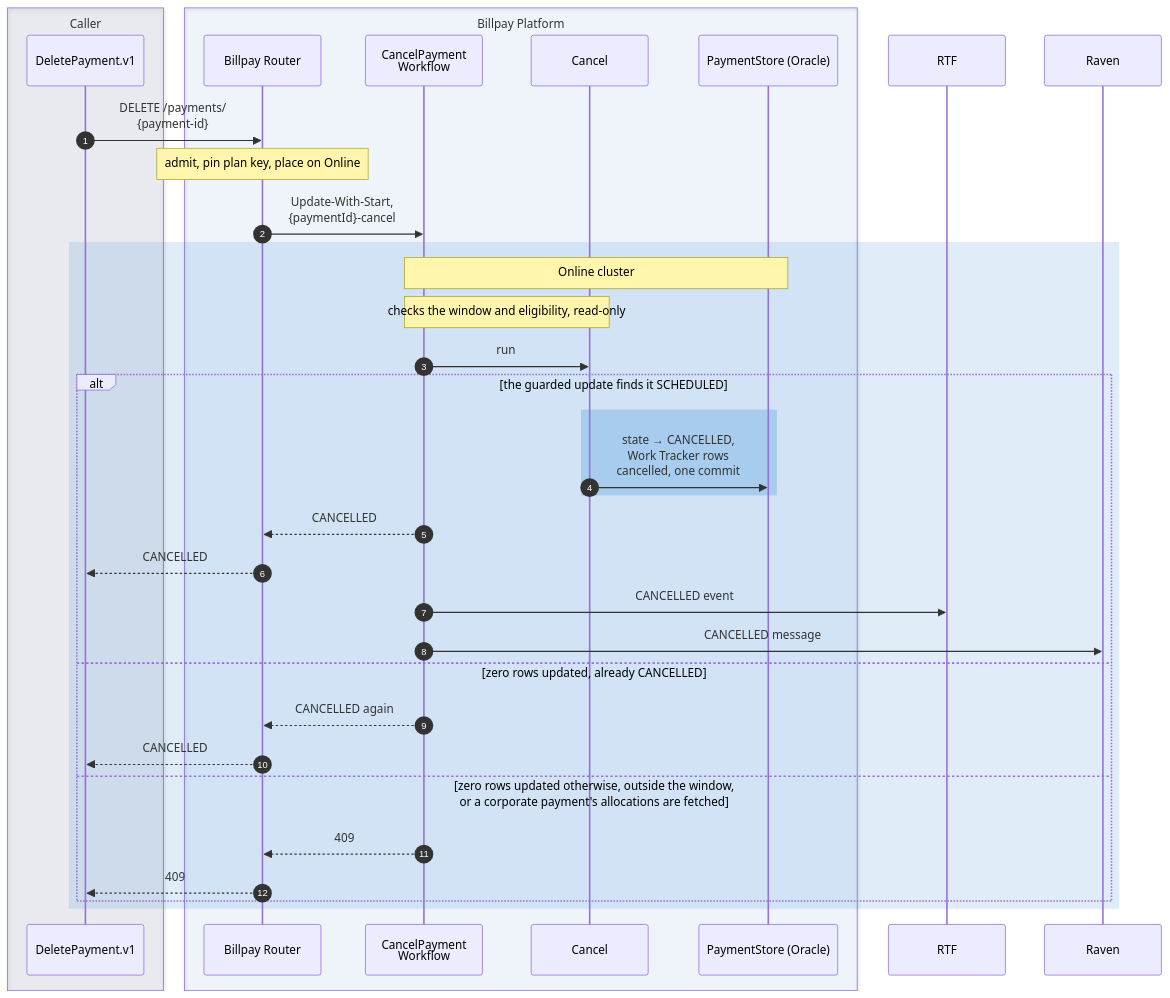
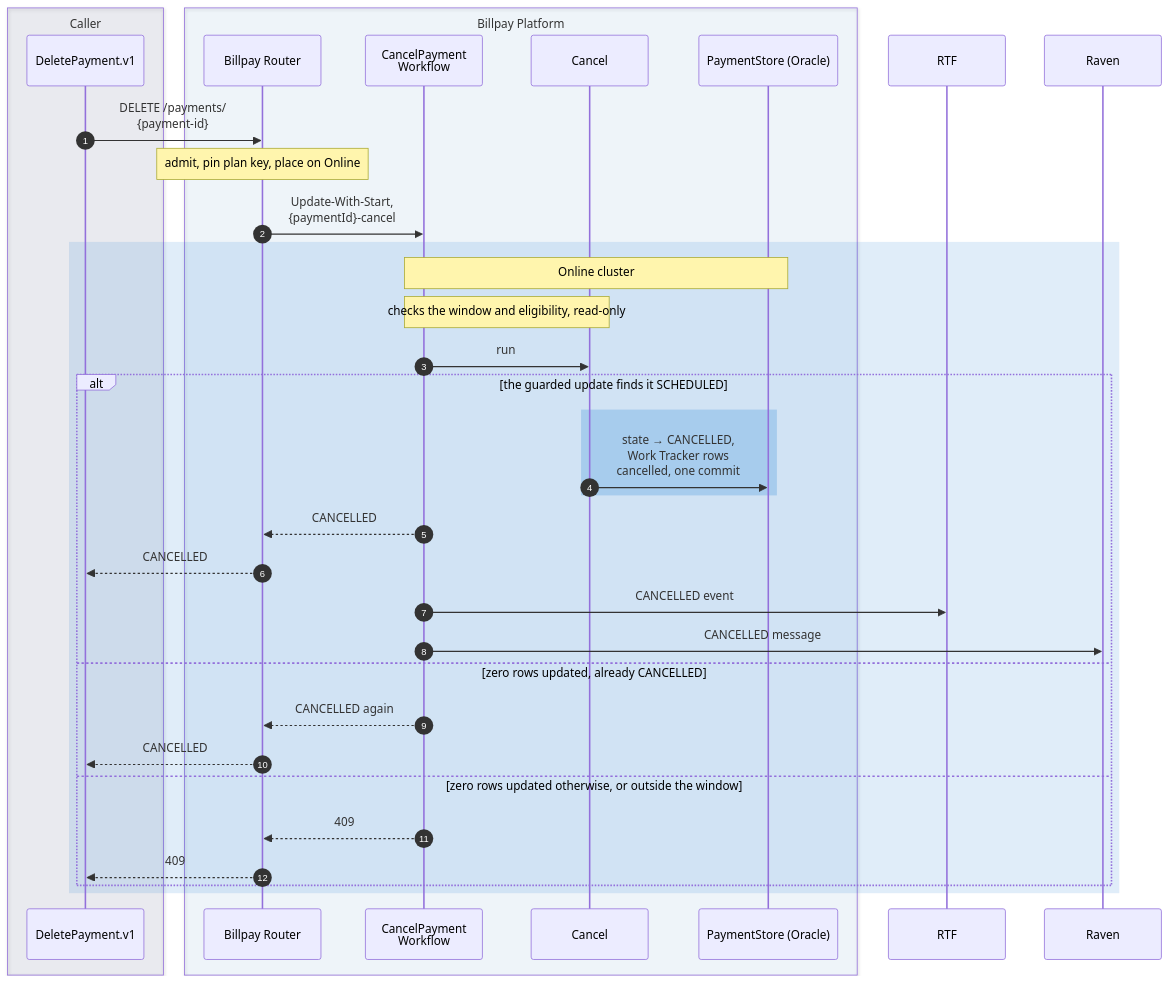
The sixth of 13 diagrams in website/docs/design/sequence-diagrams.md (arunav-bhattacharya/billpay-book), drawn with Mermaid before and after one commit. The commit also changed other lines of this file and 25 other files, not shown here.

````diff
--- a/website/docs/design/sequence-diagrams.md
+++ b/website/docs/design/sequence-diagrams.md
@@ -406,48 +426,48 @@
 ```mermaid
 ---
 config:
   fontFamily: "BentonSansUI, Helvetica, Arial, sans-serif"
   fontSize: 15
 ---
 sequenceDiagram
   autonumber
 
   box rgba(0,23,90,0.07) Caller
     participant OD as DeletePayment.v1
   end
 
   box rgba(0,111,207,0.05) Billpay Platform
     participant R as Billpay Router
     participant CW as CancelPayment<br/>Workflow
     participant CAN as Cancel
     participant PS as PaymentStore (Oracle)
   end
 
   participant RTF
   participant RAV as Raven
 
   OD->>R: DELETE /payments/<br/>{payment-id}
   Note over R: admit, pin plan key, place on Online
   R->>CW: Update-With-Start,<br/>{paymentId}-cancel
 
   rect rgba(0,111,207,0.12)
     Note over CW,PS: Online cluster
     Note over CW,CAN: checks the window and eligibility, read-only
     CW->>CAN: run
     alt the guarded update finds it SCHEDULED
       rect rgba(102,169,226,0.40)
         CAN->>PS: state → CANCELLED,<br/>Work Tracker rows<br/>cancelled, one commit
       end
       CW-->>R: CANCELLED
       R-->>OD: CANCELLED
       CW->>RTF: CANCELLED event
       CW->>RAV: CANCELLED message
     else zero rows updated, already CANCELLED
       CW-->>R: CANCELLED again
       R-->>OD: CANCELLED
-    else zero rows updated otherwise, outside the window,<br/>or a corporate payment's allocations are fetched
+    else zero rows updated otherwise, or outside the window
       CW-->>R: 409
       R-->>OD: 409
     end
   end
 ```
````
